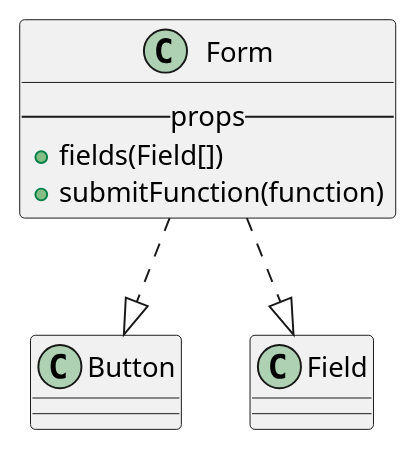
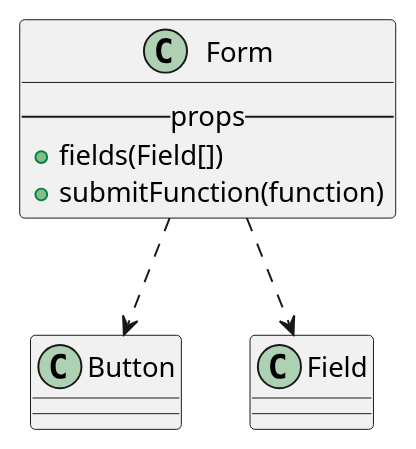
The diagram in react/custom/form.iuml (M9k/Marvin-Uml), drawn with PlantUML before and after one commit. The commit also changed 5 other files, not shown here.

```diff
--- a/react/custom/form.iuml
+++ b/react/custom/form.iuml
@@ -1,7 +1,7 @@
 class Form{
     --props--
         + fields(Field[])
         + submitFunction(function)
 }
-Form ..|> Button
-Form ..|> Field
+Form ..> Button
+Form ..> Field
```
